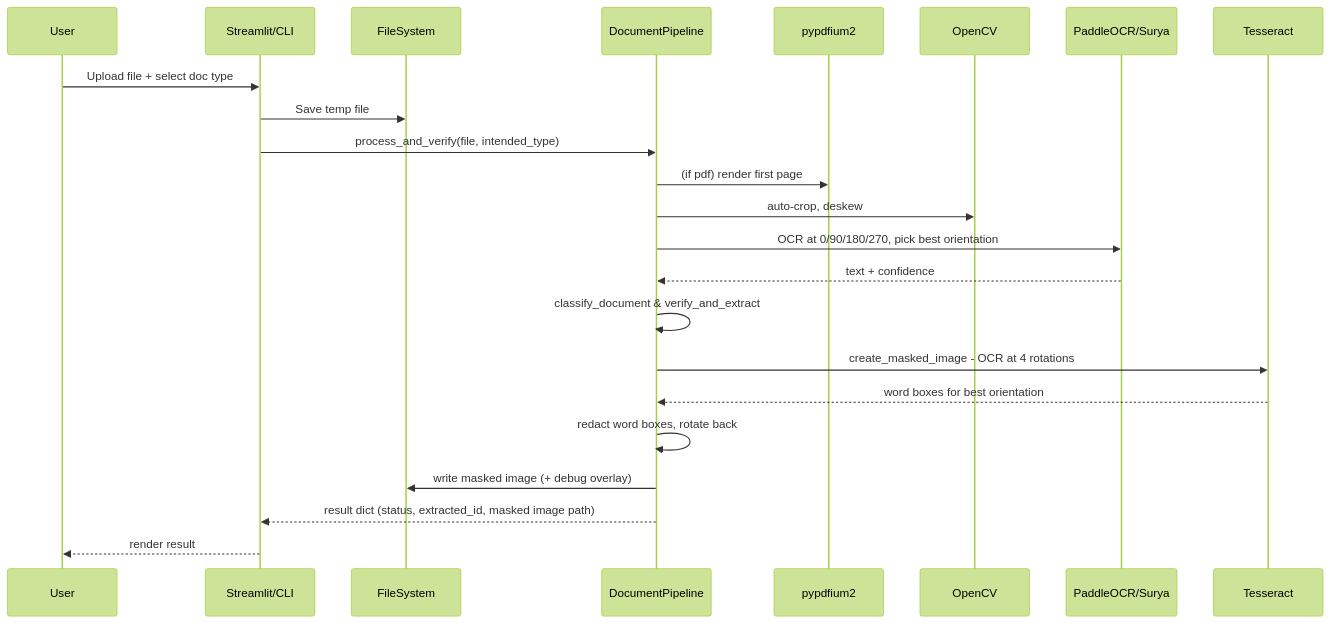
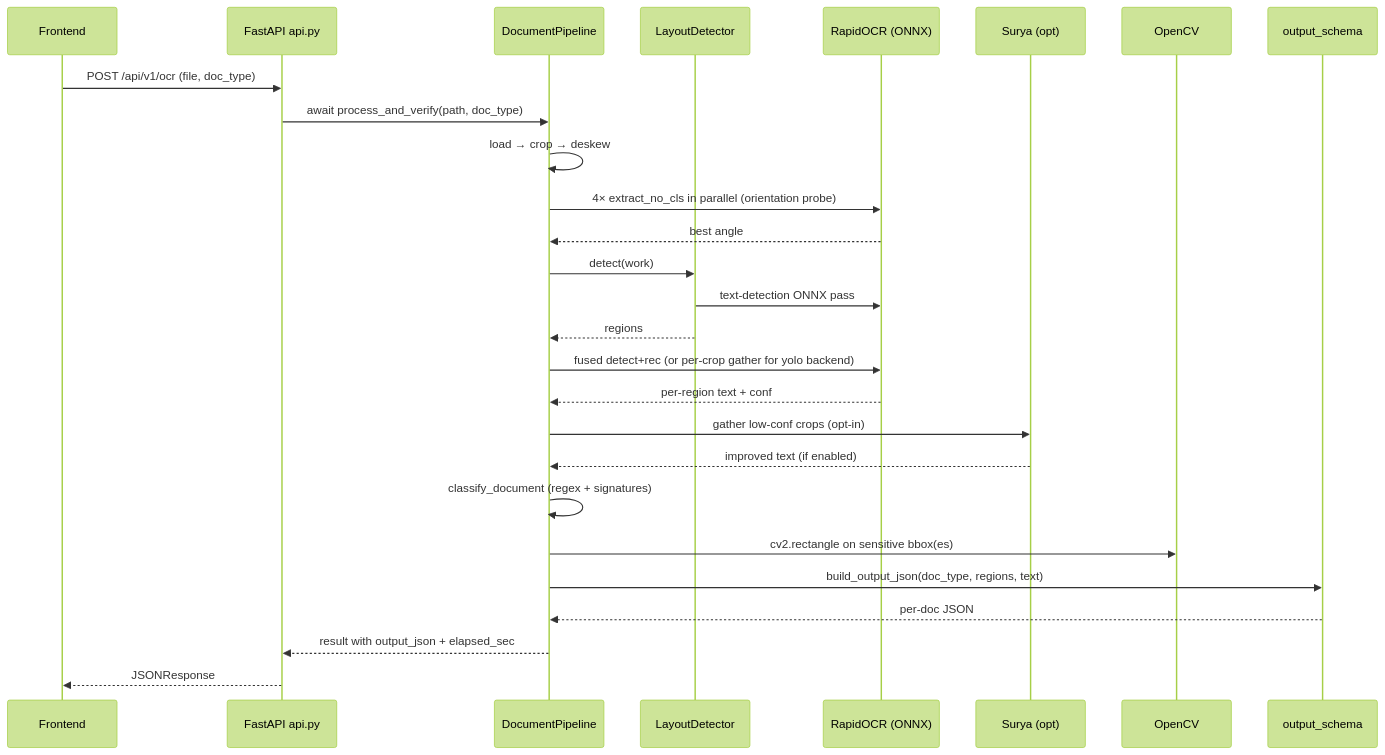
The second of 3 diagrams in README.md (recrivio-dev/kyc-test), drawn with Mermaid (forest theme) before and after one commit. The commit also changed other lines of this file, not shown here.

````diff
--- a/README.md
+++ b/README.md
@@ -157,26 +484,30 @@
 ```mermaid
 sequenceDiagram
-	participant U as User
-	participant UI as Streamlit/CLI
-	participant FS as FileSystem
-	participant DP as DocumentPipeline
-	participant PDF as pypdfium2
-	participant CV as OpenCV
-	participant PAD as PaddleOCR/Surya
-	participant TES as Tesseract
+    participant FE as Frontend
+    participant API as FastAPI api.py
+    participant DP as DocumentPipeline
+    participant LD as LayoutDetector
+    participant RO as RapidOCR (ONNX)
+    participant SU as Surya (opt)
+    participant CV as OpenCV
+    participant SC as output_schema
 
-	U->>UI: Upload file + select doc type
-	UI->>FS: Save temp file
-	UI->>DP: process_and_verify(file, intended_type)
-	DP->>PDF: (if pdf) render first page
-	DP->>CV: auto-crop, deskew
-	DP->>PAD: OCR at 0/90/180/270, pick best orientation
-	PAD-->>DP: text + confidence
-	DP->>DP: classify_document & verify_and_extract
-	DP->>TES: create_masked_image - OCR at 4 rotations
-	TES-->>DP: word boxes for best orientation
-	DP->>DP: redact word boxes, rotate back
-	DP->>FS: write masked image (+ debug overlay)
-	DP-->>UI: result dict (status, extracted_id, masked image path)
-	UI-->>U: render result
+    FE->>API: POST /api/v1/ocr (file, doc_type)
+    API->>DP: await process_and_verify(path, doc_type)
+    DP->>DP: load → crop → deskew
+    DP->>RO: 4× extract_no_cls in parallel (orientation probe)
+    RO-->>DP: best angle
+    DP->>LD: detect(work)
+    LD->>RO: text-detection ONNX pass
+    LD-->>DP: regions
+    DP->>RO: fused detect+rec (or per-crop gather for yolo backend)
+    RO-->>DP: per-region text + conf
+    DP->>SU: gather low-conf crops (opt-in)
+    SU-->>DP: improved text (if enabled)
+    DP->>DP: classify_document (regex + signatures)
+    DP->>CV: cv2.rectangle on sensitive bbox(es)
+    DP->>SC: build_output_json(doc_type, regions, text)
+    SC-->>DP: per-doc JSON
+    DP-->>API: result with output_json + elapsed_sec
+    API-->>FE: JSONResponse
 ```
````
